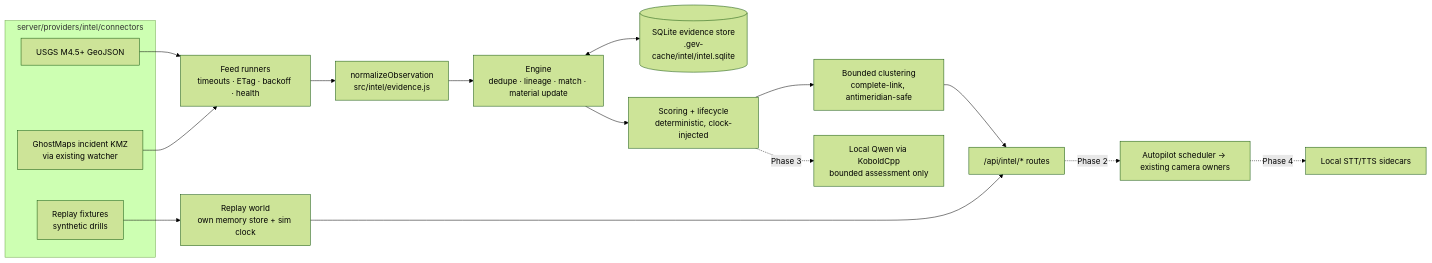
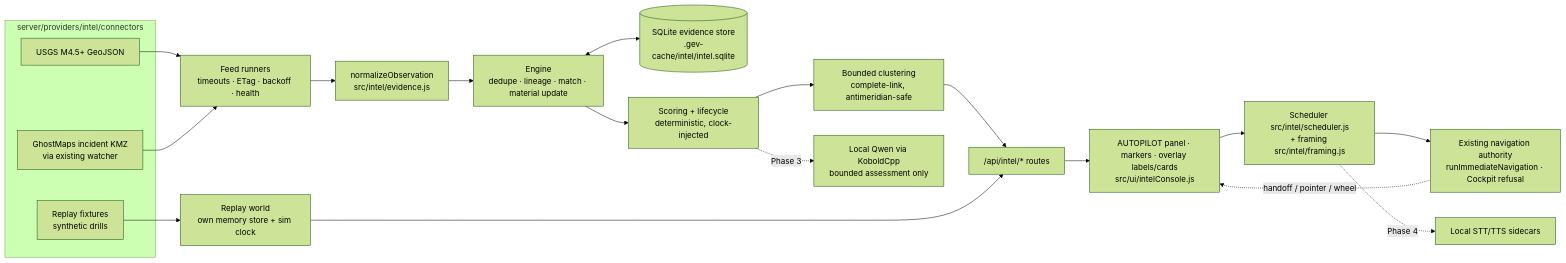
One commit to Agent-Cognitive-Enterprise/gods-eye-view changed the diagram in docs/EARLY-WARNING.md. Above: the diagram before and after it, drawn with Mermaid (forest theme). The commit also changed other lines of this file and 1 other file, not shown here.

Commit message:
Add Autopilot browser QA gate and document Phase 2

````diff
--- a/docs/EARLY-WARNING.md
+++ b/docs/EARLY-WARNING.md
@@ -15,20 +16,23 @@
 ```mermaid
 flowchart LR
   subgraph Feeds["server/providers/intel/connectors"]
     U[USGS M4.5+ GeoJSON]
     G[GhostMaps incident KMZ<br/>via existing watcher]
     R[Replay fixtures<br/>synthetic drills]
   end
   U & G --> FR[Feed runners<br/>timeouts · ETag · backoff · health]
   FR --> N[normalizeObservation<br/>src/intel/evidence.js]
   R --> RW[Replay world<br/>own memory store + sim clock]
   N --> E[Engine<br/>dedupe · lineage · match · material update]
   E <--> S[(SQLite evidence store<br/>.gev-cache/intel/intel.sqlite)]
   E --> SC[Scoring + lifecycle<br/>deterministic, clock-injected]
   SC --> C[Bounded clustering<br/>complete-link, antimeridian-safe]
   C --> API["/api/intel/* routes"]
   RW --> API
-  API -. Phase 2 .-> AP[Autopilot scheduler → existing camera owners]
+  API --> UI[AUTOPILOT panel · markers · overlay labels/cards<br/>src/ui/intelConsole.js]
+  UI --> AP[Scheduler src/intel/scheduler.js<br/>+ framing src/intel/framing.js]
+  AP --> NAV[Existing navigation authority<br/>runImmediateNavigation · Cockpit refusal]
+  NAV -. handoff / pointer / wheel .-> UI
   SC -. Phase 3 .-> Q[Local Qwen via KoboldCpp<br/>bounded assessment only]
   AP -. Phase 4 .-> V[Local STT/TTS sidecars]
 ```
````
